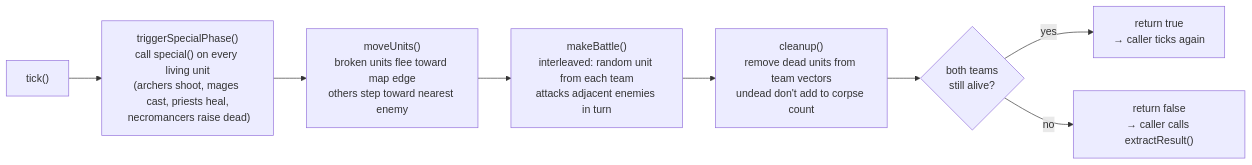
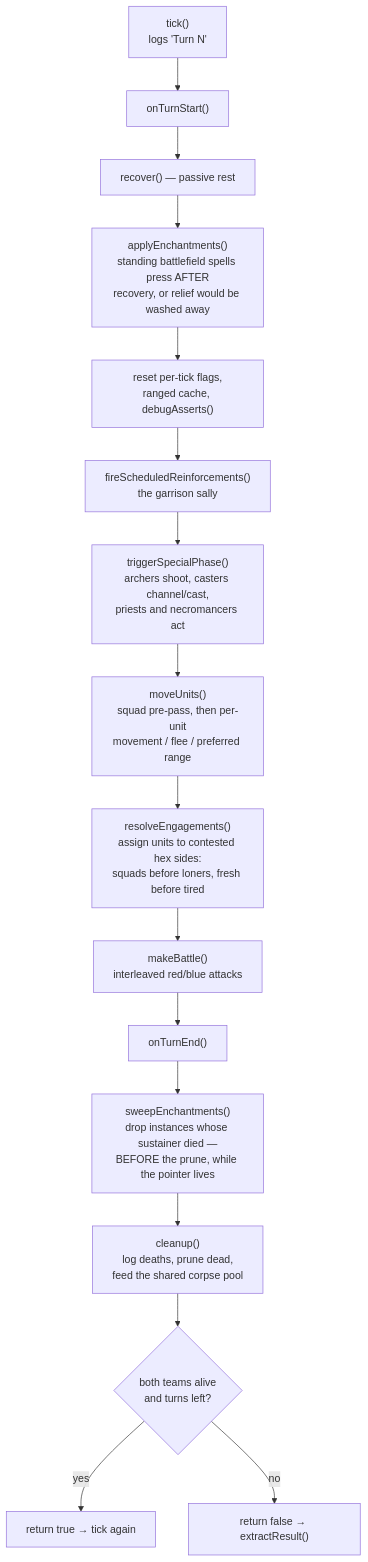
The fourth of 10 diagrams in ARCHITECTURE.md (Tonttu84/gameProject), drawn with Mermaid before and after one commit. The commit also changed other lines of this file and 3 other files, not shown here.

First line of the commit message:
Pay the documentation debt: rewrite ARCHITECTURE.md, write ADDING_SPELLS.md

````diff
--- a/ARCHITECTURE.md
+++ b/ARCHITECTURE.md
@@ -33,10 +117,18 @@
 ```mermaid
-flowchart LR
-    T["tick()"] --> SP["triggerSpecialPhase()\ncall special() on every living unit\n(archers shoot, mages cast, priests heal,\n necromancers raise dead)"]
-    SP --> MU["moveUnits()\nbroken units flee toward map edge\nothers step toward nearest enemy"]
-    MU --> MB["makeBattle()\ninterleaved: random unit from each team\nattacks adjacent enemies in turn"]
-    MB --> CL["cleanup()\nremove dead units from team vectors\nundead don't add to corpse count"]
-    CL --> R{"both teams\nstill alive?"}
-    R -->|yes| yes["return true\n→ caller ticks again"]
-    R -->|no| no["return false\n→ caller calls extractResult()"]
+flowchart TD
+    T["tick()<br/>logs 'Turn N'"] --> OS["onTurnStart()"]
+    OS --> RC["recover() — passive rest"]
+    RC --> AE["applyEnchantments()<br/>standing battlefield spells press AFTER<br/>recovery, or relief would be washed away"]
+    AE --> RF["reset per-tick flags,<br/>ranged cache, debugAsserts()"]
+    RF --> FR["fireScheduledReinforcements()<br/>the garrison sally"]
+    FR --> SP["triggerSpecialPhase()<br/>archers shoot, casters channel/cast,<br/>priests and necromancers act"]
+    SP --> MU["moveUnits()<br/>squad pre-pass, then per-unit<br/>movement / flee / preferred range"]
+    MU --> RE["resolveEngagements()<br/>assign units to contested hex sides:<br/>squads before loners, fresh before tired"]
+    RE --> MB["makeBattle()<br/>interleaved red/blue attacks"]
+    MB --> OE["onTurnEnd()"]
+    OE --> SW["sweepEnchantments()<br/>drop instances whose sustainer died —<br/>BEFORE the prune, while the pointer lives"]
+    SW --> CL["cleanup()<br/>log deaths, prune dead,<br/>feed the shared corpse pool"]
+    CL --> Q{"both teams alive<br/>and turns left?"}
+    Q -->|yes| Y["return true → tick again"]
+    Q -->|no| N["return false → extractResult()"]
 ```
````
